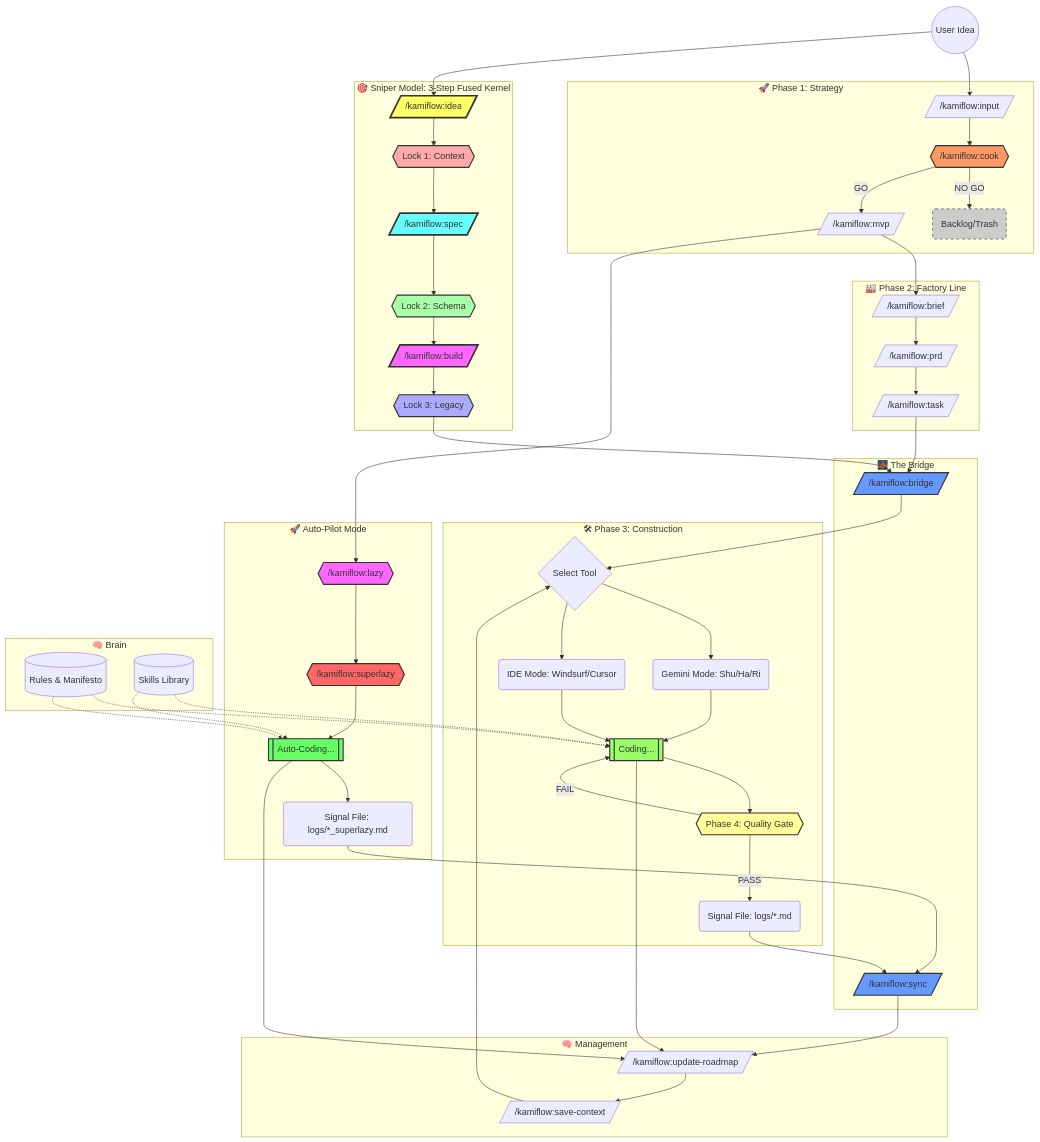
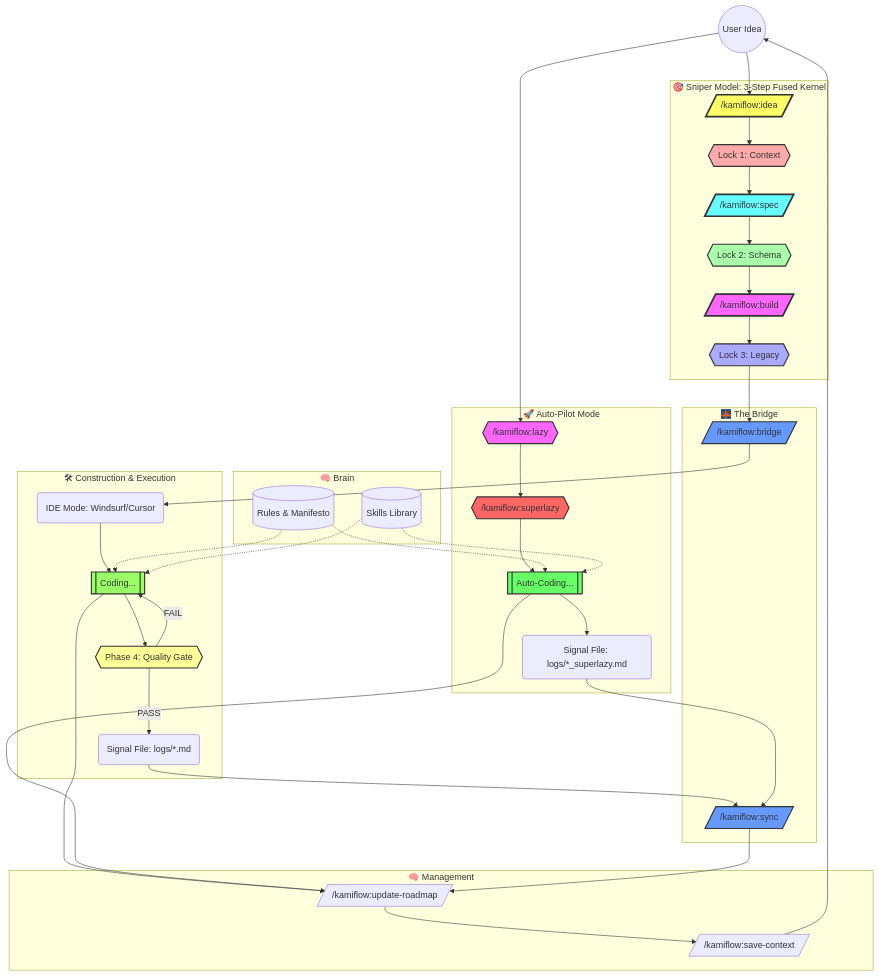
Before and after one commit to kamishino/gemini-cli-workflow: the diagram in docs/KAMIFLOW_OVERVIEW.md, drawn with Mermaid. The commit also changed other lines of this file and 14 other files, not shown here.

Commit message:
chore(cleanup): remove legacy commands and complete sniper transition

```diff
--- a/docs/KAMIFLOW_OVERVIEW.md
+++ b/docs/KAMIFLOW_OVERVIEW.md
@@ -10,13 +10,6 @@
 graph TD
     %% Nodes
     Start((User Idea))
-
-    subgraph Strategy_Phase [🚀 Phase 1: Strategy]
-        Input[/"/kamiflow:input"/]
-        Cook{{"/kamiflow:cook"}}
-        MVP[/"/kamiflow:mvp"/]
-        Trash(Backlog/Trash)
-    end
 
     subgraph Sniper_Phase [🎯 Sniper Model: 3-Step Fused Kernel]
         Idea[/"/kamiflow:idea"/]
@@ -27,20 +20,12 @@
         Lock3{{Lock 3: Legacy}}
     end
 
-    subgraph Factory_Phase [🏭 Phase 2: Factory Line]
-        Brief[/"/kamiflow:brief"/]
-        PRD[/"/kamiflow:prd"/]
-        Tasks[/"/kamiflow:task"/]
-    end
-
     subgraph Bridge [🌉 The Bridge]
         Handoff[/"/kamiflow:bridge"/]
         Sync[/"/kamiflow:sync"/]
     end
 
-    subgraph Construction_Phase [🛠 Phase 3: Construction]
-        Mode{Select Tool}
-        GeminiMode(Gemini Mode: Shu/Ha/Ri)
+    subgraph Construction_Phase [🛠 Construction & Execution]
         IdeMode(IDE Mode: Windsurf/Cursor)
         Code[[Coding...]]
         QualityGate{{"Phase 4: Quality Gate"}}
@@ -65,12 +50,7 @@
     end
 
     %% Flow
-    Start --> Input
-    Input --> Cook
-    Cook -- NO GO --> Trash
-    Cook -- GO --> MVP
-
-    %% Sniper Path (NEW)
+    %% Sniper Path (Primary)
     Start --> Idea
     Idea --> Lock1
     Lock1 --> Spec
@@ -79,23 +59,13 @@
     Build --> Lock3
     Lock3 --> Handoff
 
-    %% Traditional Path (Legacy)
-    MVP --> Brief
-    Brief --> PRD
-    PRD --> Tasks
-    Tasks --> Handoff
-
     %% Auto-Pilot Path
-    MVP --> Lazy
+    Start --> Lazy
     Lazy --> SuperLazy
     SuperLazy --> AutoCode
     AutoCode --> AutoLog
 
-    Handoff --> Mode
-    Mode --> GeminiMode
-    Mode --> IdeMode
-
-    GeminiMode --> Code
+    Handoff --> IdeMode
     IdeMode --> Code
 
     Code --> QualityGate
@@ -114,11 +84,9 @@
     AutoCode --> Roadmap
     Sync --> Roadmap
     Roadmap --> Save
-    Save --> Mode
+    Save --> Start
 
     %% Styling
-    style Cook fill:#f96,stroke:#333,stroke-width:2px
-    style Trash fill:#ccc,stroke:#333,stroke-dasharray: 5 5
     style Code fill:#9f6,stroke:#333,stroke-width:2px
     style QualityGate fill:#ff9,stroke:#333,stroke-width:2px
     style Handoff fill:#69f,stroke:#333,stroke-width:2px
```
